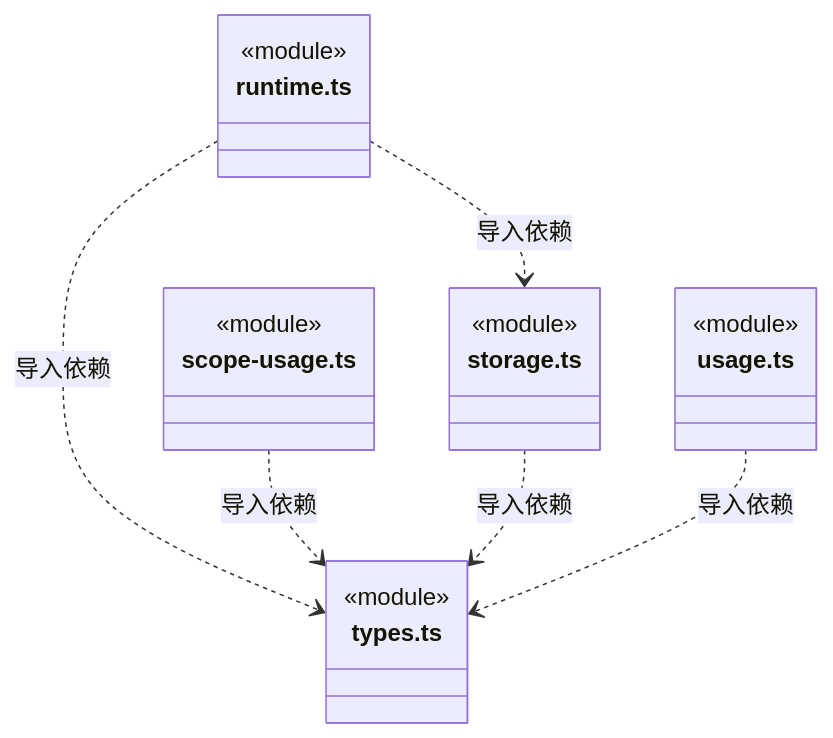
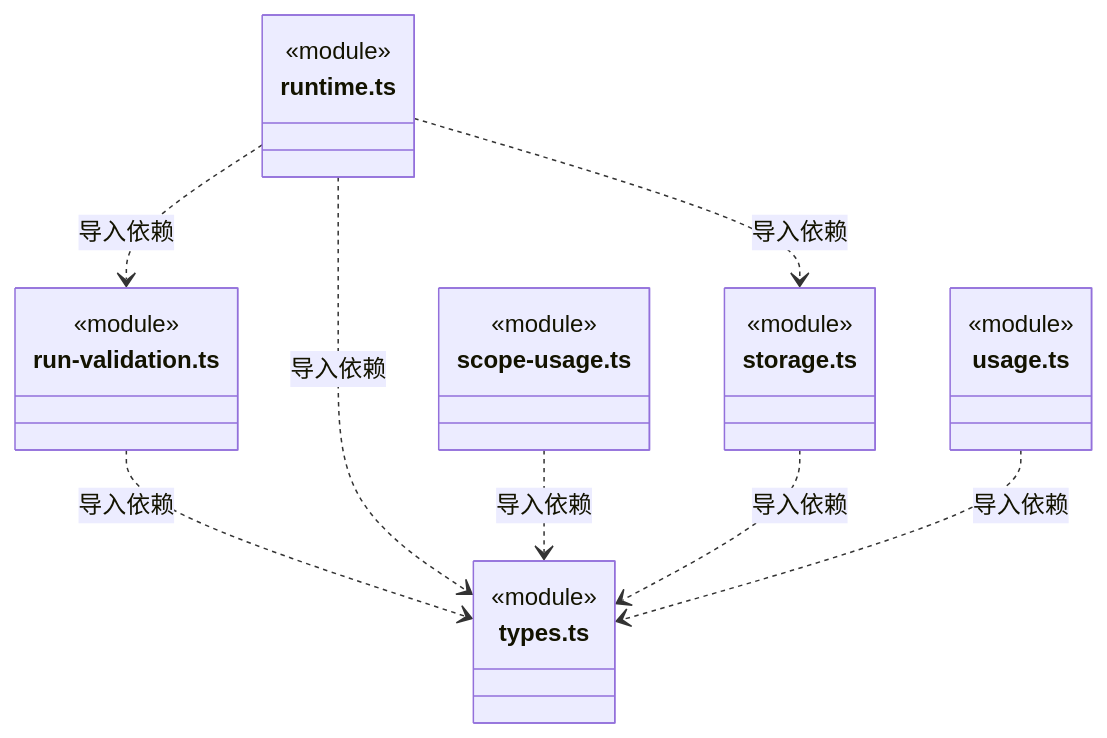
Before and after one commit to nan023062/cbim: the third of 11 diagrams in src/backend/core/brain/ARCHITECTURE.md, drawn with Mermaid. The commit also changed other lines of this file and 62 other files, not shown here.

````diff
--- a/src/backend/core/brain/ARCHITECTURE.md
+++ b/src/backend/core/brain/ARCHITECTURE.md
@@ -83,23 +85,28 @@
 ```mermaid
 classDiagram
+class N_src_backend_core_brain_run_validation_ts["run-validation.ts"] {
+  <<module>>
+}
 class N_src_backend_core_brain_runtime_ts["runtime.ts"] {
   <<module>>
 }
 class N_src_backend_core_brain_scope_usage_ts["scope-usage.ts"] {
   <<module>>
 }
 class N_src_backend_core_brain_storage_ts["storage.ts"] {
   <<module>>
 }
 class N_src_backend_core_brain_types_ts["types.ts"] {
   <<module>>
 }
 class N_src_backend_core_brain_usage_ts["usage.ts"] {
   <<module>>
 }
+N_src_backend_core_brain_run_validation_ts ..> N_src_backend_core_brain_types_ts : 导入依赖
 N_src_backend_core_brain_runtime_ts ..> N_src_backend_core_brain_storage_ts : 导入依赖
+N_src_backend_core_brain_runtime_ts ..> N_src_backend_core_brain_run_validation_ts : 导入依赖
 N_src_backend_core_brain_runtime_ts ..> N_src_backend_core_brain_types_ts : 导入依赖
 N_src_backend_core_brain_scope_usage_ts ..> N_src_backend_core_brain_types_ts : 导入依赖
 N_src_backend_core_brain_storage_ts ..> N_src_backend_core_brain_types_ts : 导入依赖
 N_src_backend_core_brain_usage_ts ..> N_src_backend_core_brain_types_ts : 导入依赖
 ```
````
